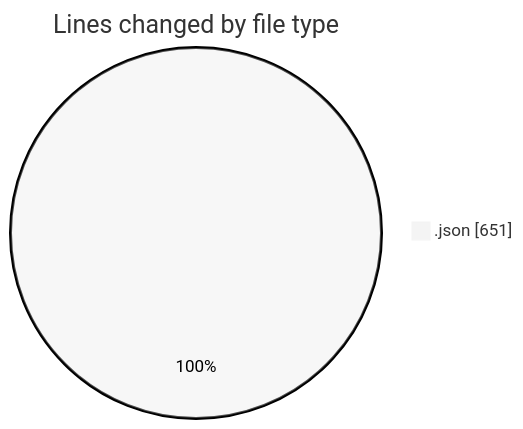
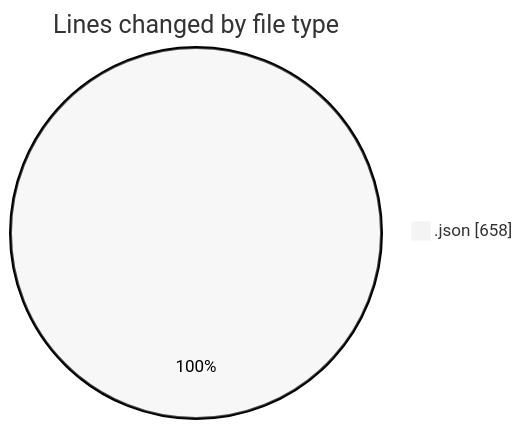
One commit to EIIisD/code-tracking changed the first of 2 diagrams in 2025-08-14/fresh_start/README.md. Above: the diagram before and after it, drawn with Mermaid (neutral theme). The commit also changed other lines of this file and 1 other file, not shown here.

````diff
--- a/2025-08-14/fresh_start/README.md
+++ b/2025-08-14/fresh_start/README.md
@@ -22,5 +22,5 @@
 ```mermaid
 pie showData
 title Lines changed by file type
-".json" : 651
+".json" : 658
 ```
````
